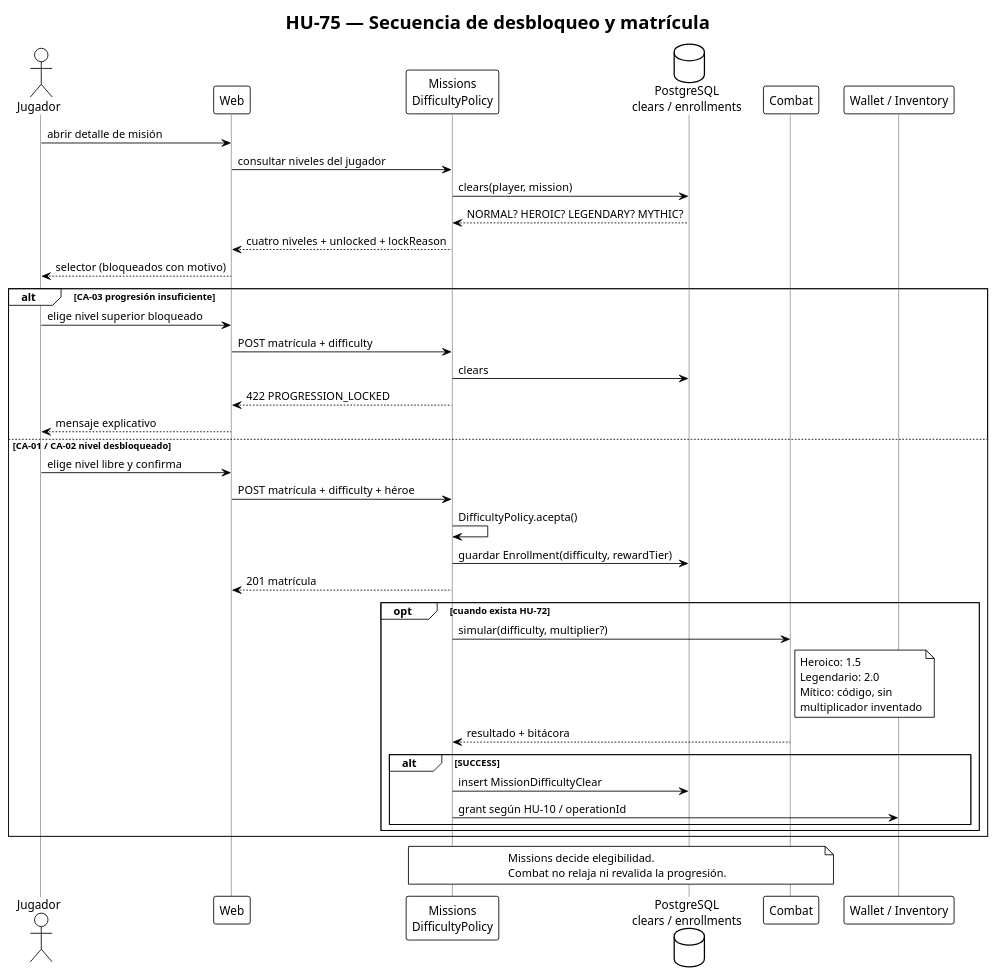
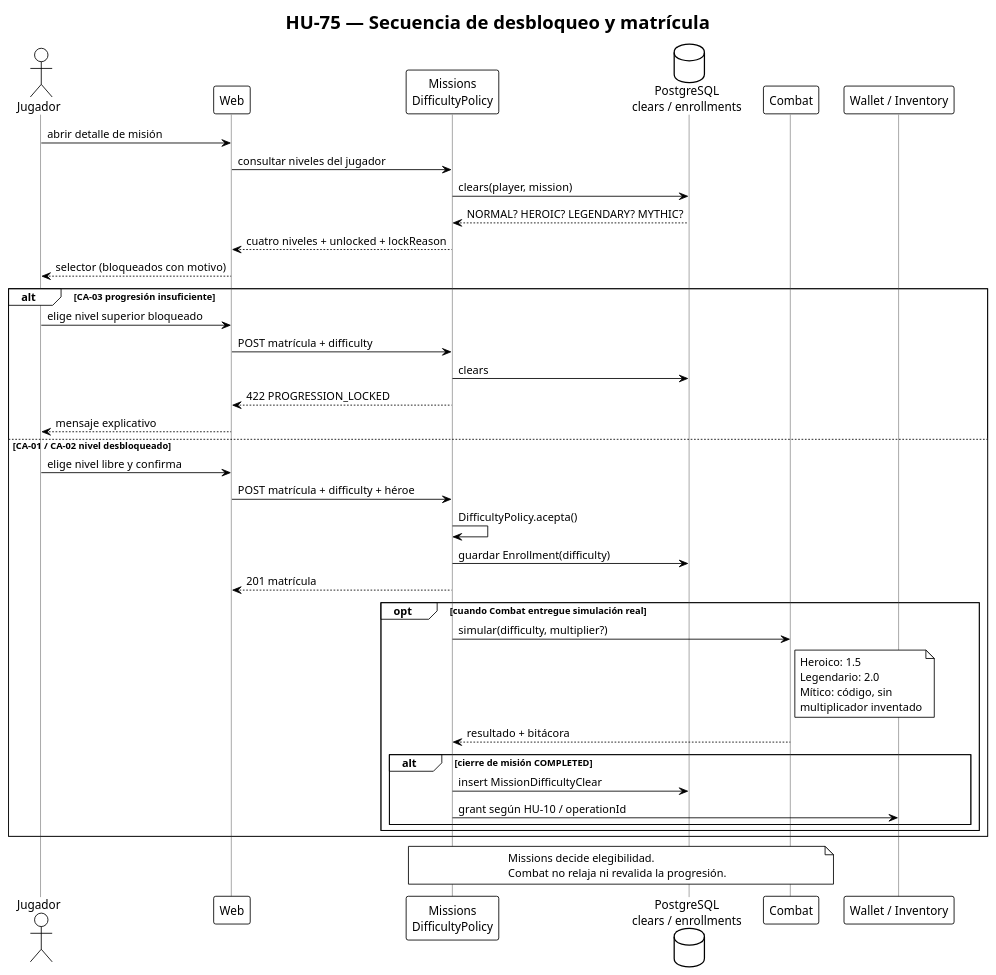
One commit to Nexus-Battle-VI/Nexus-Battle-Infrastructure changed the diagram in docs/diagrams/hu-75-sequence.puml. Above: the diagram before and after it, drawn with PlantUML. The commit also changed 6 other files, not shown here.

```diff
--- a/docs/diagrams/hu-75-sequence.puml
+++ b/docs/diagrams/hu-75-sequence.puml
@@ -1,58 +1,58 @@
 @startuml hu-75-sequence
 !theme plain
 title HU-75 — Secuencia de desbloqueo y matrícula
 
 skinparam defaultFontName sans-serif
 skinparam sequence {
   LifeLineBorderColor #999999
 }
 
 actor "Jugador" as player
 participant "Web" as web
 participant "Missions\nDifficultyPolicy" as missions
 database "PostgreSQL\nclears / enrollments" as db
 participant "Combat" as combat
 participant "Wallet / Inventory" as pay
 
 player -> web : abrir detalle de misión
 web -> missions : consultar niveles del jugador
 missions -> db : clears(player, mission)
 db --> missions : NORMAL? HEROIC? LEGENDARY? MYTHIC?
 missions --> web : cuatro niveles + unlocked + lockReason
 web --> player : selector (bloqueados con motivo)
 
 alt CA-03 progresión insuficiente
   player -> web : elige nivel superior bloqueado
   web -> missions : POST matrícula + difficulty
   missions -> db : clears
   missions --> web : 422 PROGRESSION_LOCKED
   web --> player : mensaje explicativo
 else CA-01 / CA-02 nivel desbloqueado
   player -> web : elige nivel libre y confirma
   web -> missions : POST matrícula + difficulty + héroe
   missions -> missions : DifficultyPolicy.acepta()
-  missions -> db : guardar Enrollment(difficulty, rewardTier)
+  missions -> db : guardar Enrollment(difficulty)
   missions --> web : 201 matrícula
 
-  opt cuando exista HU-72
+  opt cuando Combat entregue simulación real
     missions -> combat : simular(difficulty, multiplier?)
     note right of combat
       Heroico: 1.5
       Legendario: 2.0
       Mítico: código, sin
       multiplicador inventado
     end note
     combat --> missions : resultado + bitácora
-    alt SUCCESS
+    alt cierre de misión COMPLETED
       missions -> db : insert MissionDifficultyClear
       missions -> pay : grant según HU-10 / operationId
     end
   end
 end
 
 note over missions, combat
   Missions decide elegibilidad.
   Combat no relaja ni revalida la progresión.
 end note
 
 @enduml
```
